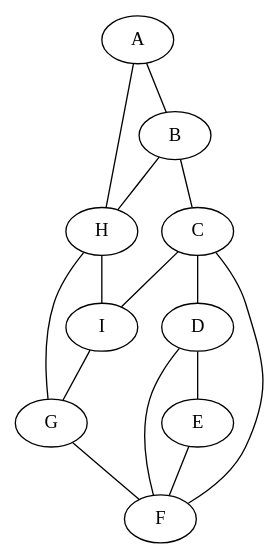
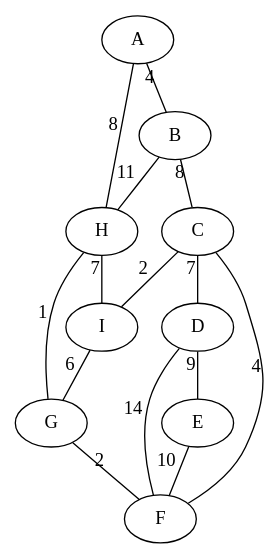
The diagram in practice/graph_blueprint.gv (houcy/AAnim), drawn with Graphviz before and after one commit. The commit also changed 4 other files, not shown here.

```diff
--- a/practice/graph_blueprint.gv
+++ b/practice/graph_blueprint.gv
@@ -1,16 +1,16 @@
 graph G {
-	A -- B
-	A -- H
-	B -- C
-	B -- H
-	C -- D
-	C -- I
-	C -- F
-	I -- G
-	G -- F
-	D -- F
-	D -- E
-	E -- F
-	H -- G
-	H -- I
+	A -- B [xlabel=4]
+	A -- H [xlabel=8]
+	B -- C [xlabel=8]
+	B -- H [xlabel=11]
+	C -- D [xlabel=7]
+	C -- I [xlabel=2]
+	C -- F [xlabel=4]
+	I -- G [xlabel=6]
+	G -- F [xlabel=2]
+	D -- F [xlabel=14]
+	D -- E [xlabel=9]
+	E -- F [xlabel=10]
+	H -- G [xlabel=1]
+	H -- I [xlabel=7]
 }
```
